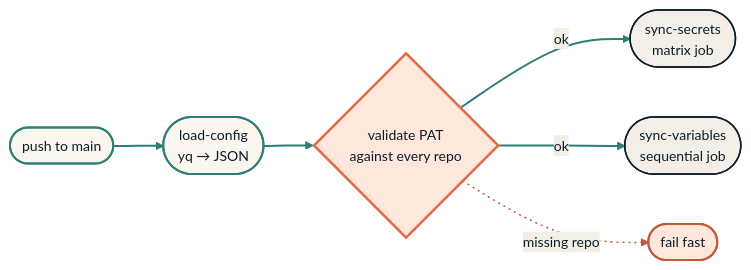
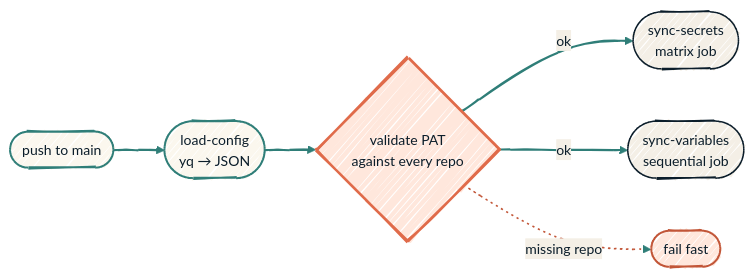
Before and after one commit to dryvist/docs: the diagram in security/secrets-sync.mdx, drawn with Mermaid. The commit also changed 11 other files, not shown here.

````diff
--- a/security/secrets-sync.mdx
+++ b/security/secrets-sync.mdx
@@ -16,28 +16,28 @@
 ```mermaid
-%%{init: {'theme':'base','themeVariables':{'fontFamily':'Geist','fontSize':'14px','primaryColor':'#FBF7EE','primaryTextColor':'#0B1D2A','primaryBorderColor':'#2F7E78','lineColor':'#2F7E78','secondaryColor':'#F4EFE6','tertiaryColor':'#FFE7DC','clusterBkg':'rgba(47,126,120,0.06)','clusterBorder':'#2F7E78'}}}%%
+%%{init: {'theme':'base','look':'handDrawn','themeVariables':{'fontFamily':'Geist','fontSize':'14px','primaryColor':'#FBF7EE','primaryTextColor':'#0B1D2A','primaryBorderColor':'#2F7E78','lineColor':'#2F7E78','secondaryColor':'#F4EFE6','tertiaryColor':'#FFE7DC','clusterBkg':'rgba(47,126,120,0.06)','clusterBorder':'#2F7E78'}}}%%
 flowchart LR
   Push([push to main])
   Load([load-config<br/>yq → JSON])
   Gate{validate PAT<br/>against every repo}
   Sec([sync-secrets<br/>matrix job])
   Vars([sync-variables<br/>sequential job])
   Fail([fail fast])
 
   Push --> Load --> Gate
   Gate -->|ok| Sec
   Gate -->|ok| Vars
   Gate -->|missing repo| Fail
 
   classDef trigger fill:#FBF7EE,stroke:#2F7E78,stroke-width:2px,color:#0B1D2A;
   classDef gate    fill:#FFE7DC,stroke:#E06B4A,stroke-width:2.5px,color:#0B1D2A;
   classDef job     fill:#F4EFE6,stroke:#0B1D2A,stroke-width:1.5px,color:#0B1D2A;
   classDef abort   fill:#FFE7DC,stroke:#C25638,stroke-width:2px,color:#0B1D2A;
 
   class Push,Load trigger
   class Gate gate
   class Sec,Vars job
   class Fail abort
 
   linkStyle 0,1,2,3 stroke:#2F7E78,stroke-width:2px;
   linkStyle 4 stroke:#C25638,stroke-width:1.5px,stroke-dasharray:2 4;
 ```
````
